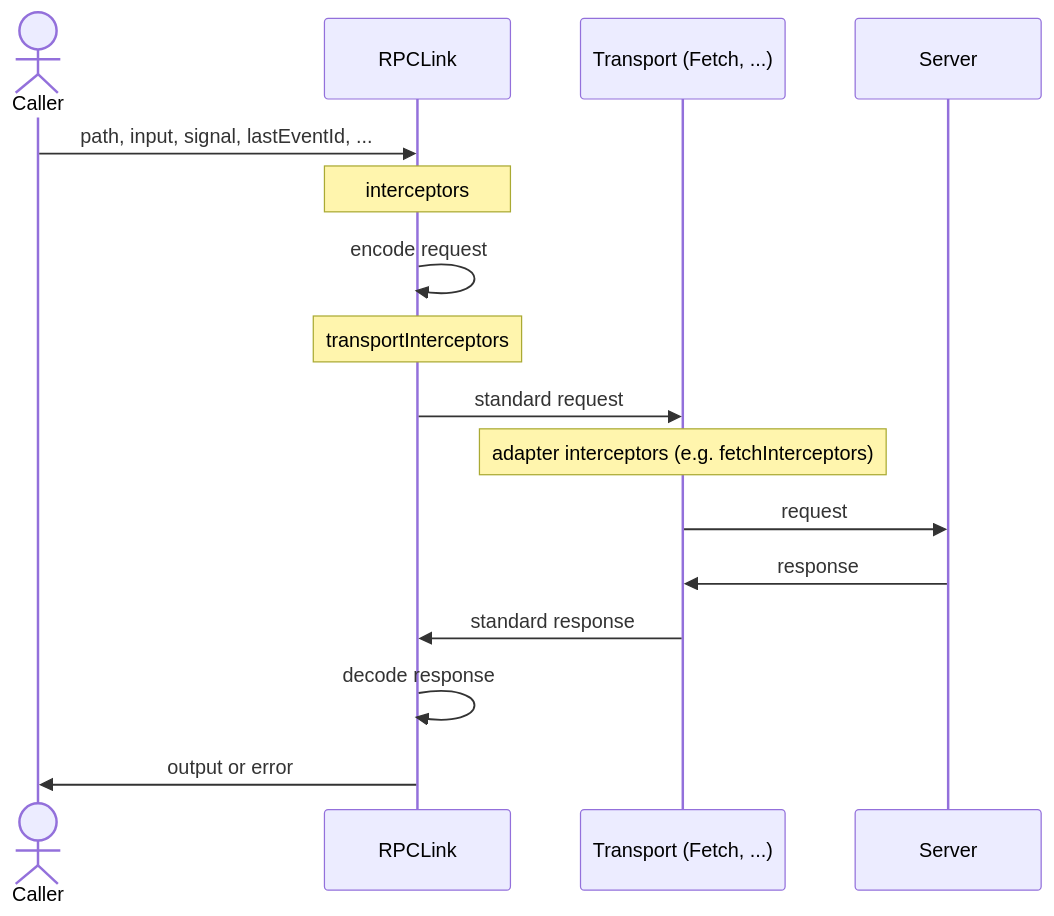
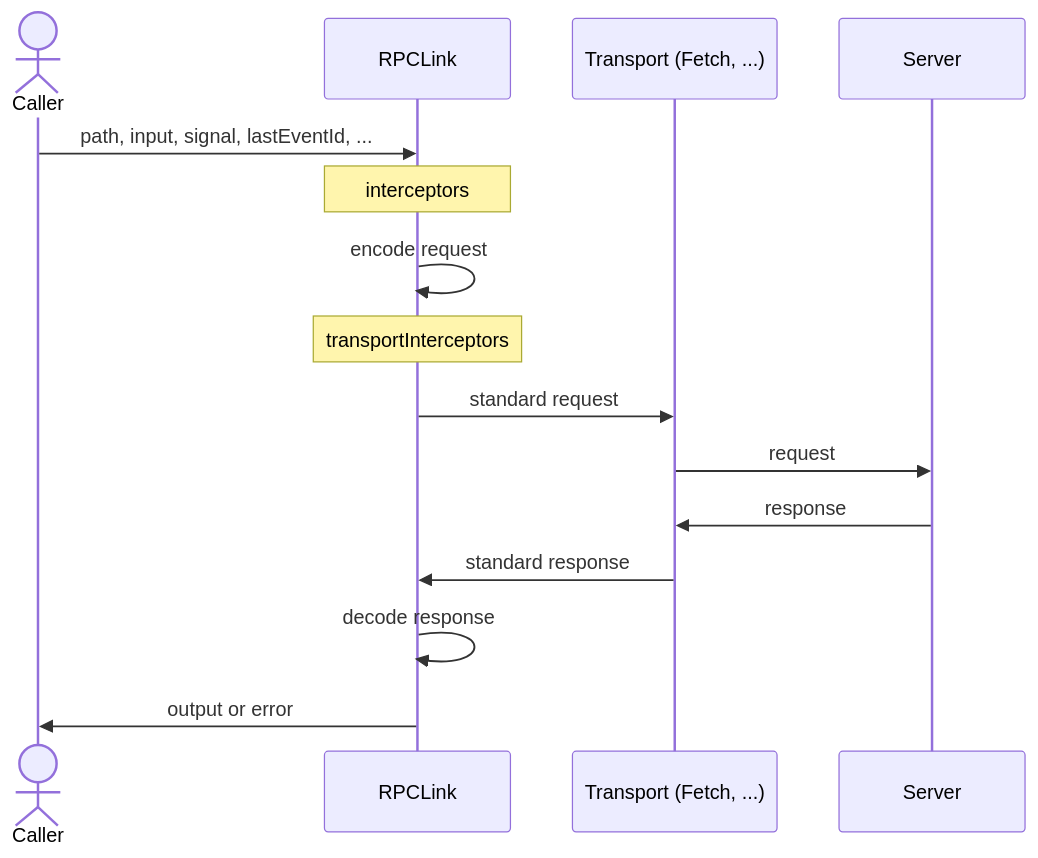
The diagram in apps/content/docs/rpc/link.mdx (dinwwwh/orpc), drawn with Mermaid before and after one commit. The commit also changed other lines of this file and 46 other files, not shown here.

First line of the commit message:
refactor!: remove adapter interceptors and adapter plugins

````diff
--- a/apps/content/docs/rpc/link.mdx
+++ b/apps/content/docs/rpc/link.mdx
@@ -374,19 +348,18 @@
 ```mermaid
 sequenceDiagram
   actor Caller
   participant L as RPCLink
   participant Transport as Transport (Fetch, ...)
   participant Server
 
   Caller ->> L: path, input, signal, lastEventId, ...
   Note over L: interceptors
   L ->> L: encode request
   Note over L: transportInterceptors
   L ->> Transport: standard request
-  Note over Transport: adapter interceptors (e.g. fetchInterceptors)
   Transport ->> Server: request
   Server ->> Transport: response
   Transport ->> L: standard response
   L ->> L: decode response
   L ->> Caller: output or error
 ```
````
